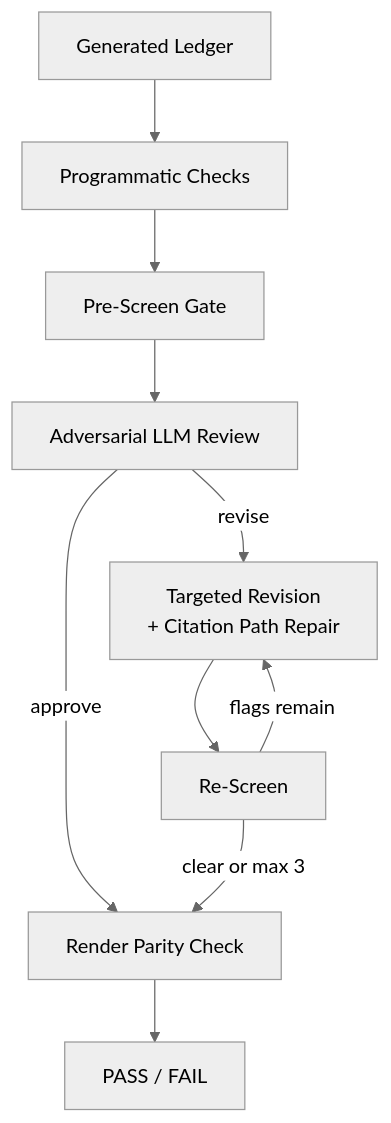
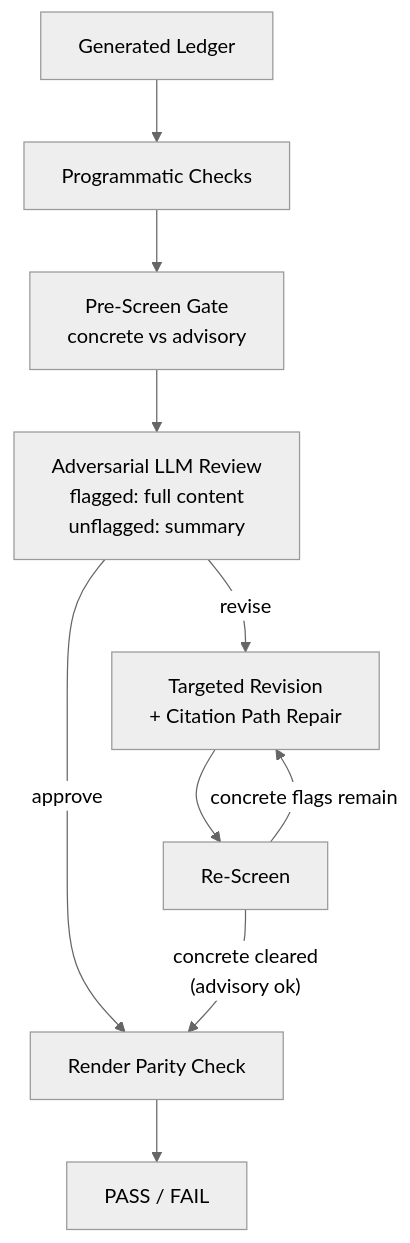
The third of 3 diagrams in docs/agent-engineering-reference.md (op7ic/SwarmMaker), drawn with Mermaid (neutral theme) before and after one commit. The commit also changed other lines of this file and 1 other file, not shown here.

First line of the commit message:
Update mermaid charts with concrete/advisory flags and smart summarization

````diff
--- a/docs/agent-engineering-reference.md
+++ b/docs/agent-engineering-reference.md
@@ -46,12 +46,12 @@
 ```mermaid
 graph TD
     LEDGER["Generated Ledger"] --> PROG["Programmatic Checks"]
-    PROG --> PRE["Pre-Screen Gate"]
-    PRE --> REVIEW["Adversarial LLM Review"]
+    PROG --> PRE["Pre-Screen Gate<br/>concrete vs advisory"]
+    PRE --> REVIEW["Adversarial LLM Review<br/>flagged: full content<br/>unflagged: summary"]
     REVIEW -->|approve| PARITY["Render Parity Check"]
     REVIEW -->|revise| REVISE["Targeted Revision<br/>+ Citation Path Repair"]
     REVISE --> RECHECK["Re-Screen"]
-    RECHECK -->|flags remain| REVISE
-    RECHECK -->|clear or max 3| PARITY
+    RECHECK -->|concrete flags remain| REVISE
+    RECHECK -->|"concrete cleared<br/>(advisory ok)"| PARITY
     PARITY --> RESULT["PASS / FAIL"]
 ```
````
